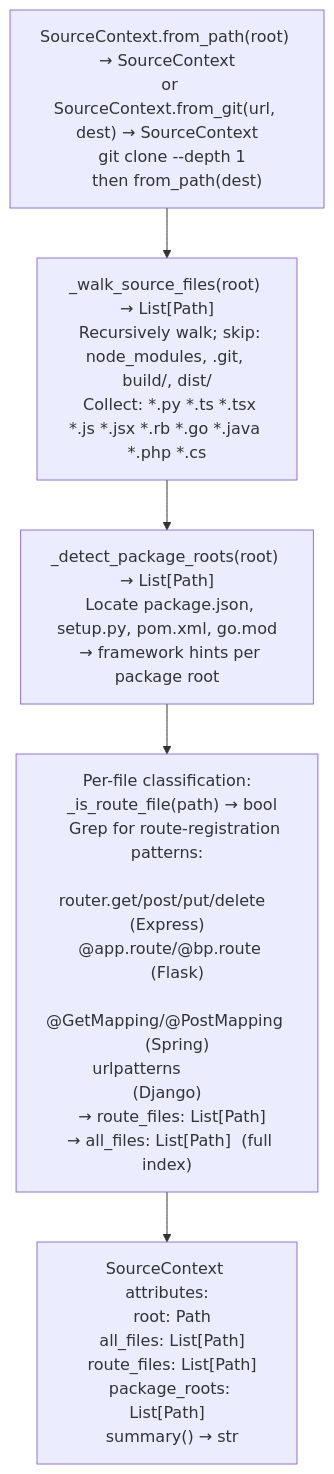
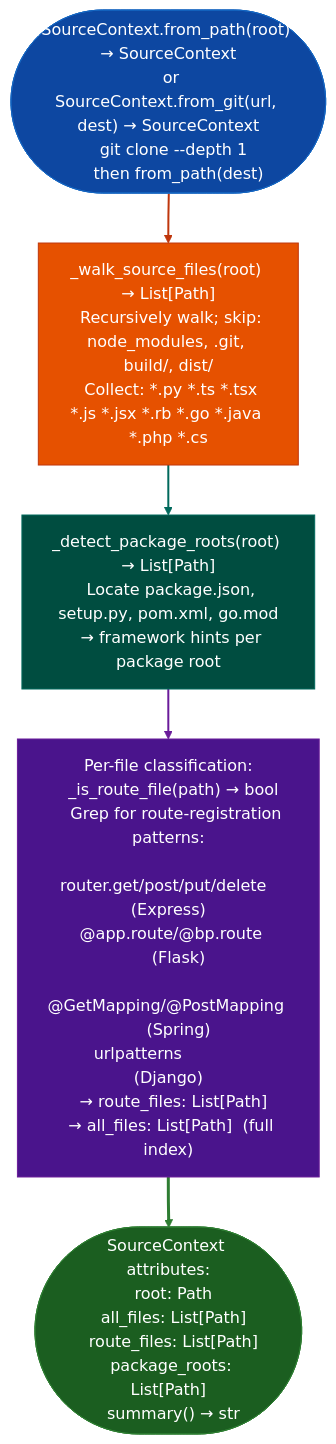
Before and after one commit to Ablation-Tool/ablation: the diagram in docs/reference-modules/repository-ingestion-and-search.md, drawn with Mermaid. The commit also changed 320 other files, not shown here.

First line of the commit message:
docs: apply canonical Mermaid template to all 321 diagrams

````diff
--- a/docs/reference-modules/repository-ingestion-and-search.md
+++ b/docs/reference-modules/repository-ingestion-and-search.md
@@ -19,7 +19,17 @@
 ```mermaid
 flowchart TD
-    A["SourceContext.from_path(root) → SourceContext\n  or SourceContext.from_git(url, dest) → SourceContext\n    git clone --depth 1 <url> <dest>\n    then from_path(dest)"] --> B["_walk_source_files(root) → List[Path]\n  Recursively walk; skip: node_modules, .git, build/, dist/\n  Collect: *.py *.ts *.tsx *.js *.jsx *.rb *.go *.java *.php *.cs"]
-    B --> C["_detect_package_roots(root) → List[Path]\n  Locate package.json, setup.py, pom.xml, go.mod\n  → framework hints per package root"]
-    C --> D["Per-file classification:\n  _is_route_file(path) → bool\n    Grep for route-registration patterns:\n      router.get/post/put/delete  (Express)\n      @app.route/@bp.route         (Flask)\n      @GetMapping/@PostMapping     (Spring)\n      urlpatterns                  (Django)\n  → route_files: List[Path]\n  → all_files: List[Path]  (full index)"]
-    D --> E["SourceContext attributes:\n  root: Path\n  all_files: List[Path]\n  route_files: List[Path]\n  package_roots: List[Path]\n  summary() → str"]
+    A(["SourceContext.from_path(root) → SourceContext\n  or SourceContext.from_git(url, dest) → SourceContext\n    git clone --depth 1 <url> <dest>\n    then from_path(dest)"]):::input --> B["_walk_source_files(root) → List[Path]\n  Recursively walk; skip: node_modules, .git, build/, dist/\n  Collect: *.py *.ts *.tsx *.js *.jsx *.rb *.go *.java *.php *.cs"]:::primary
+    B:::primary --> C["_detect_package_roots(root) → List[Path]\n  Locate package.json, setup.py, pom.xml, go.mod\n  → framework hints per package root"]:::secondary
+    C:::secondary --> D["Per-file classification:\n  _is_route_file(path) → bool\n    Grep for route-registration patterns:\n      router.get/post/put/delete  (Express)\n      @app.route/@bp.route         (Flask)\n      @GetMapping/@PostMapping     (Spring)\n      urlpatterns                  (Django)\n  → route_files: List[Path]\n  → all_files: List[Path]  (full index)"]:::tertiary
+    D:::tertiary --> E(["SourceContext attributes:\n  root: Path\n  all_files: List[Path]\n  route_files: List[Path]\n  package_roots: List[Path]\n  summary() → str"]):::output
+    classDef input     fill:#0d47a1,stroke:#1565c0,color:#fff
+    classDef primary   fill:#e65100,stroke:#bf360c,color:#fff
+    classDef secondary fill:#004d40,stroke:#00695c,color:#fff
+    classDef tertiary  fill:#4a148c,stroke:#6a1b9a,color:#fff
+    classDef neutral   fill:#37474f,stroke:#546e7a,color:#fff
+    classDef output    fill:#1b5e20,stroke:#2e7d32,color:#fff
+    linkStyle 0 stroke:#bf360c,stroke-width:2px
+    linkStyle 1 stroke:#00695c,stroke-width:2px
+    linkStyle 2 stroke:#6a1b9a,stroke-width:2px
+    linkStyle 3 stroke:#2e7d32,stroke-width:3px
 ```
````
